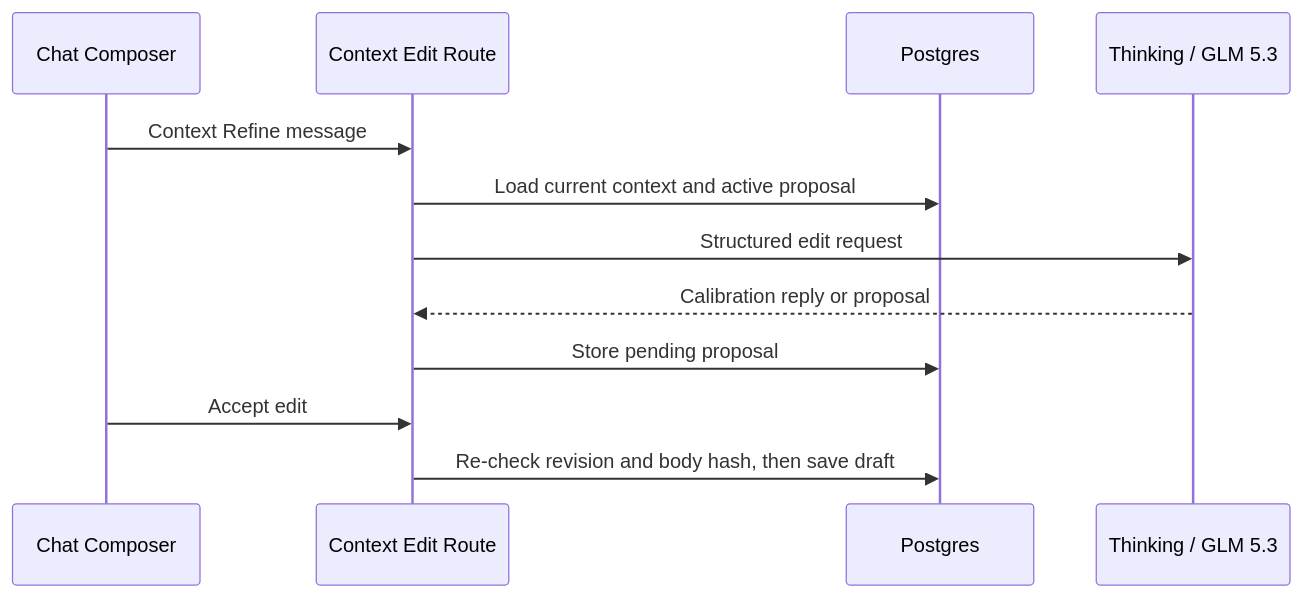
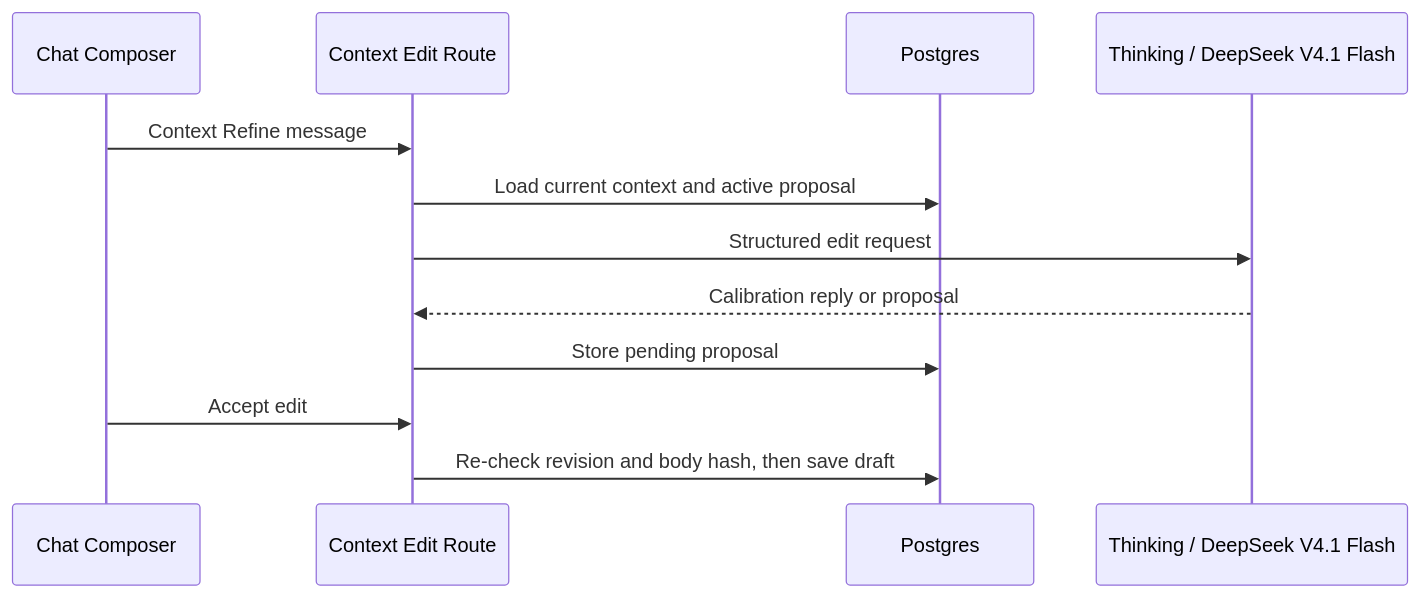
Before and after one commit to postfiatorg/tasknode: the diagram in docs/wiki/surfaces/refine-context.md, drawn with Mermaid. The commit also changed other lines of this file and 61 other files, not shown here.

First line of the commit message:
Make DeepSeek V4.1 Flash the default model; deprecate GLM 5.3 (founder 2026-11-09) (#379)

````diff
--- a/docs/wiki/surfaces/refine-context.md
+++ b/docs/wiki/surfaces/refine-context.md
@@ -30,14 +30,14 @@
 ```mermaid
 sequenceDiagram
   participant UI as Chat Composer
   participant Edit as Context Edit Route
   participant DB as Postgres
-  participant Model as Thinking / GLM 5.3
+  participant Model as Thinking / DeepSeek V4.1 Flash
   UI->>Edit: Context Refine message
   Edit->>DB: Load current context and active proposal
   Edit->>Model: Structured edit request
   Model-->>Edit: Calibration reply or proposal
   Edit->>DB: Store pending proposal
   UI->>Edit: Accept edit
   Edit->>DB: Re-check revision and body hash, then save draft
 ```
````
